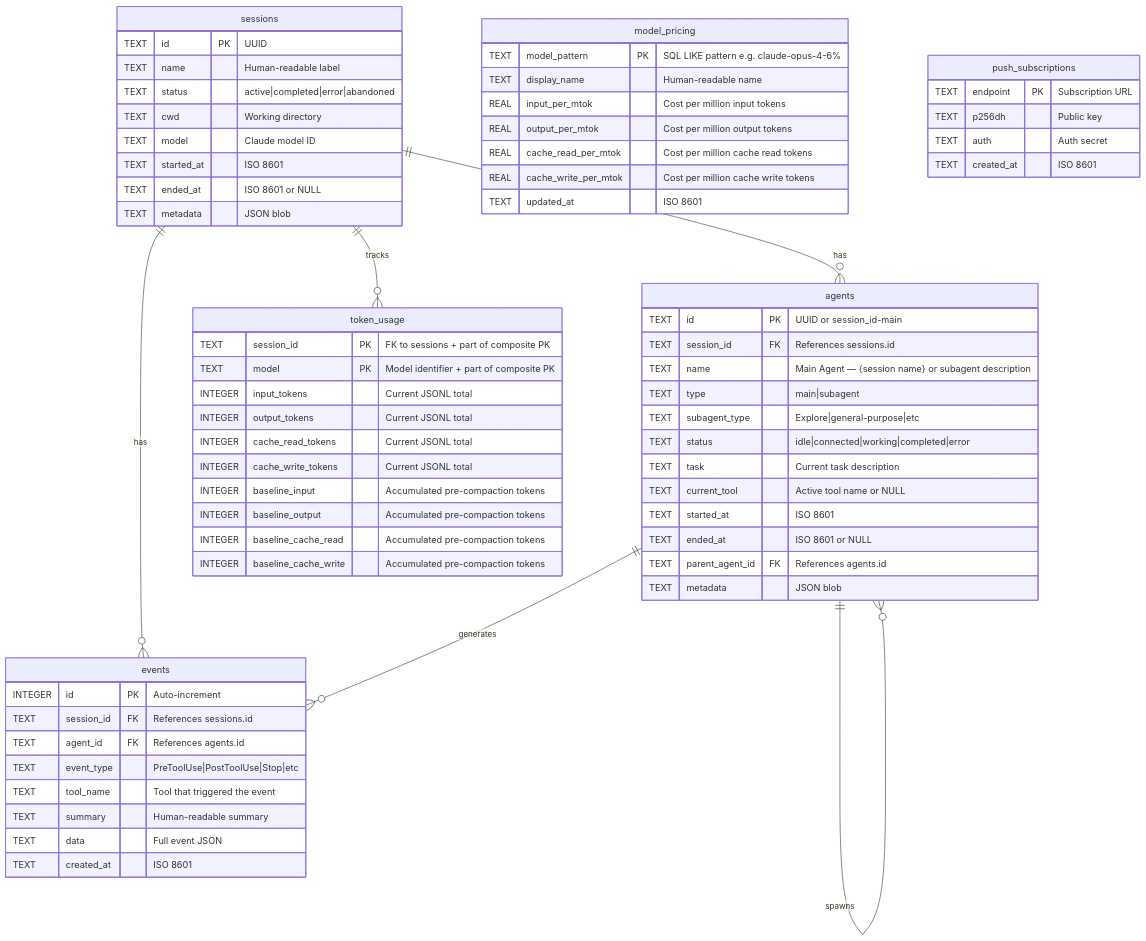
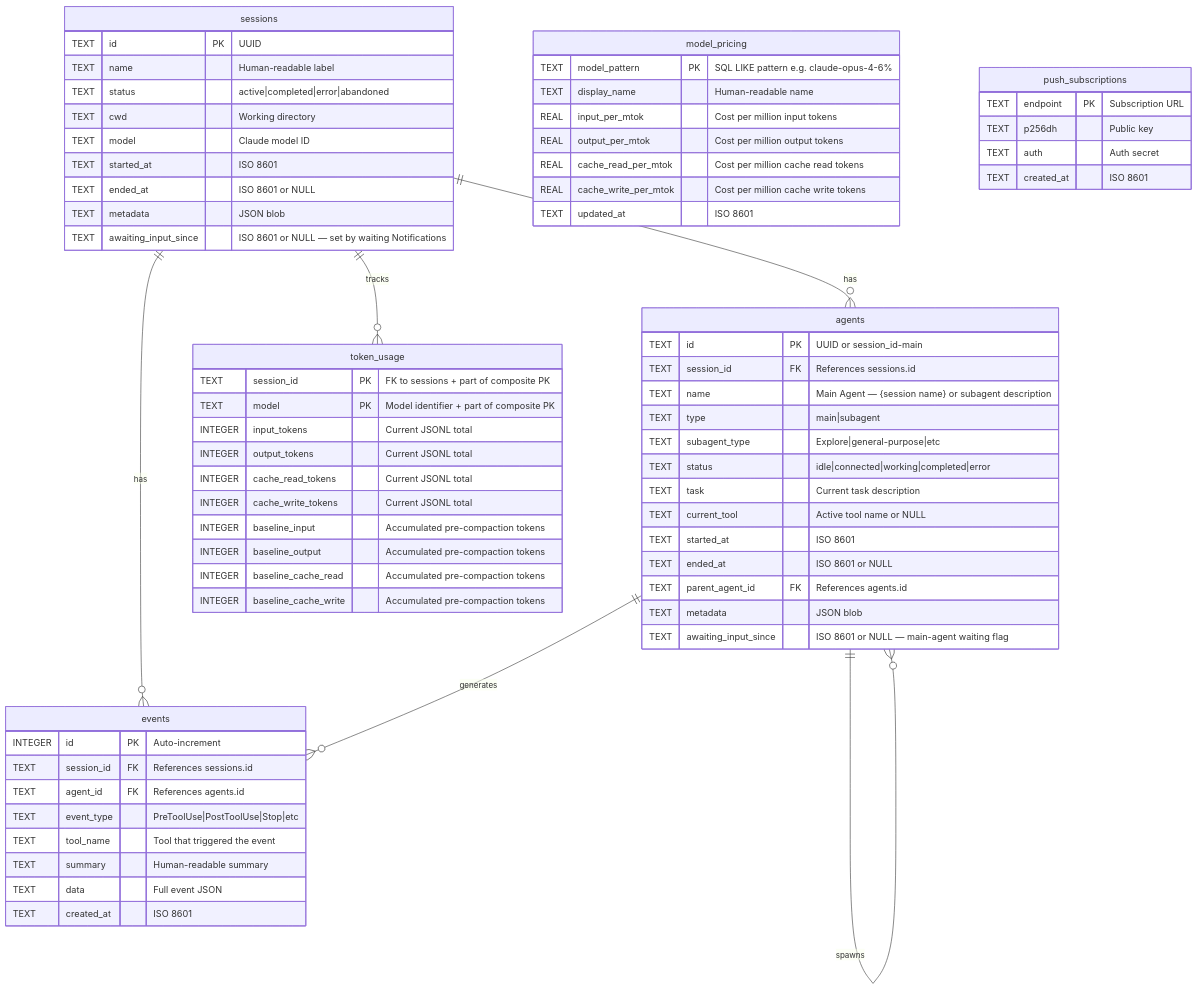
One commit to StrainReviews/Claude-Code-Agent-Monitor changed diagram 13 of 38 in ARCHITECTURE.md. Above: the diagram before and after it, drawn with Mermaid. The commit also changed other lines of this file and 20 other files, not shown here.

````diff
--- a/ARCHITECTURE.md
+++ b/ARCHITECTURE.md
@@ -606,75 +606,77 @@
 ```mermaid
 erDiagram
     sessions ||--o{ agents : has
     sessions ||--o{ events : has
     sessions ||--o{ token_usage : tracks
     agents ||--o{ events : generates
     agents ||--o{ agents : spawns
 
     sessions {
         TEXT id PK "UUID"
         TEXT name "Human-readable label"
         TEXT status "active|completed|error|abandoned"
         TEXT cwd "Working directory"
         TEXT model "Claude model ID"
         TEXT started_at "ISO 8601"
         TEXT ended_at "ISO 8601 or NULL"
         TEXT metadata "JSON blob"
+        TEXT awaiting_input_since "ISO 8601 or NULL — set by waiting Notifications"
     }
 
     agents {
         TEXT id PK "UUID or session_id-main"
         TEXT session_id FK "References sessions.id"
         TEXT name "Main Agent — {session name} or subagent description"
         TEXT type "main|subagent"
         TEXT subagent_type "Explore|general-purpose|etc"
         TEXT status "idle|connected|working|completed|error"
         TEXT task "Current task description"
         TEXT current_tool "Active tool name or NULL"
         TEXT started_at "ISO 8601"
         TEXT ended_at "ISO 8601 or NULL"
         TEXT parent_agent_id FK "References agents.id"
         TEXT metadata "JSON blob"
+        TEXT awaiting_input_since "ISO 8601 or NULL — main-agent waiting flag"
     }
 
     events {
         INTEGER id PK "Auto-increment"
         TEXT session_id FK "References sessions.id"
         TEXT agent_id FK "References agents.id"
         TEXT event_type "PreToolUse|PostToolUse|Stop|etc"
         TEXT tool_name "Tool that triggered the event"
         TEXT summary "Human-readable summary"
         TEXT data "Full event JSON"
         TEXT created_at "ISO 8601"
     }
 
     token_usage {
         TEXT session_id PK "FK to sessions + part of composite PK"
         TEXT model PK "Model identifier + part of composite PK"
         INTEGER input_tokens "Current JSONL total"
         INTEGER output_tokens "Current JSONL total"
         INTEGER cache_read_tokens "Current JSONL total"
         INTEGER cache_write_tokens "Current JSONL total"
         INTEGER baseline_input "Accumulated pre-compaction tokens"
         INTEGER baseline_output "Accumulated pre-compaction tokens"
         INTEGER baseline_cache_read "Accumulated pre-compaction tokens"
         INTEGER baseline_cache_write "Accumulated pre-compaction tokens"
     }
 
     model_pricing {
         TEXT model_pattern PK "SQL LIKE pattern e.g. claude-opus-4-6%"
         TEXT display_name "Human-readable name"
         REAL input_per_mtok "Cost per million input tokens"
         REAL output_per_mtok "Cost per million output tokens"
         REAL cache_read_per_mtok "Cost per million cache read tokens"
         REAL cache_write_per_mtok "Cost per million cache write tokens"
         TEXT updated_at "ISO 8601"
     }
 
     push_subscriptions {
         TEXT endpoint PK "Subscription URL"
         TEXT p256dh "Public key"
         TEXT auth "Auth secret"
         TEXT created_at "ISO 8601"
     }
 ```
````
